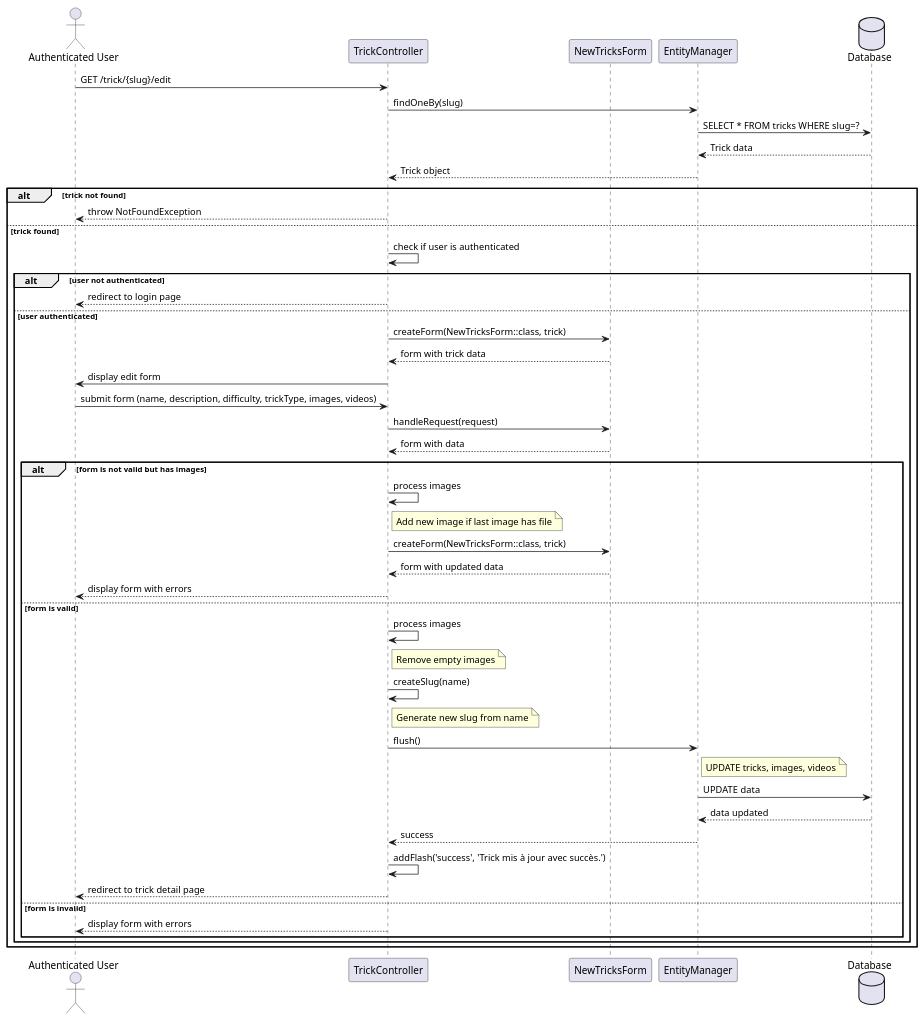
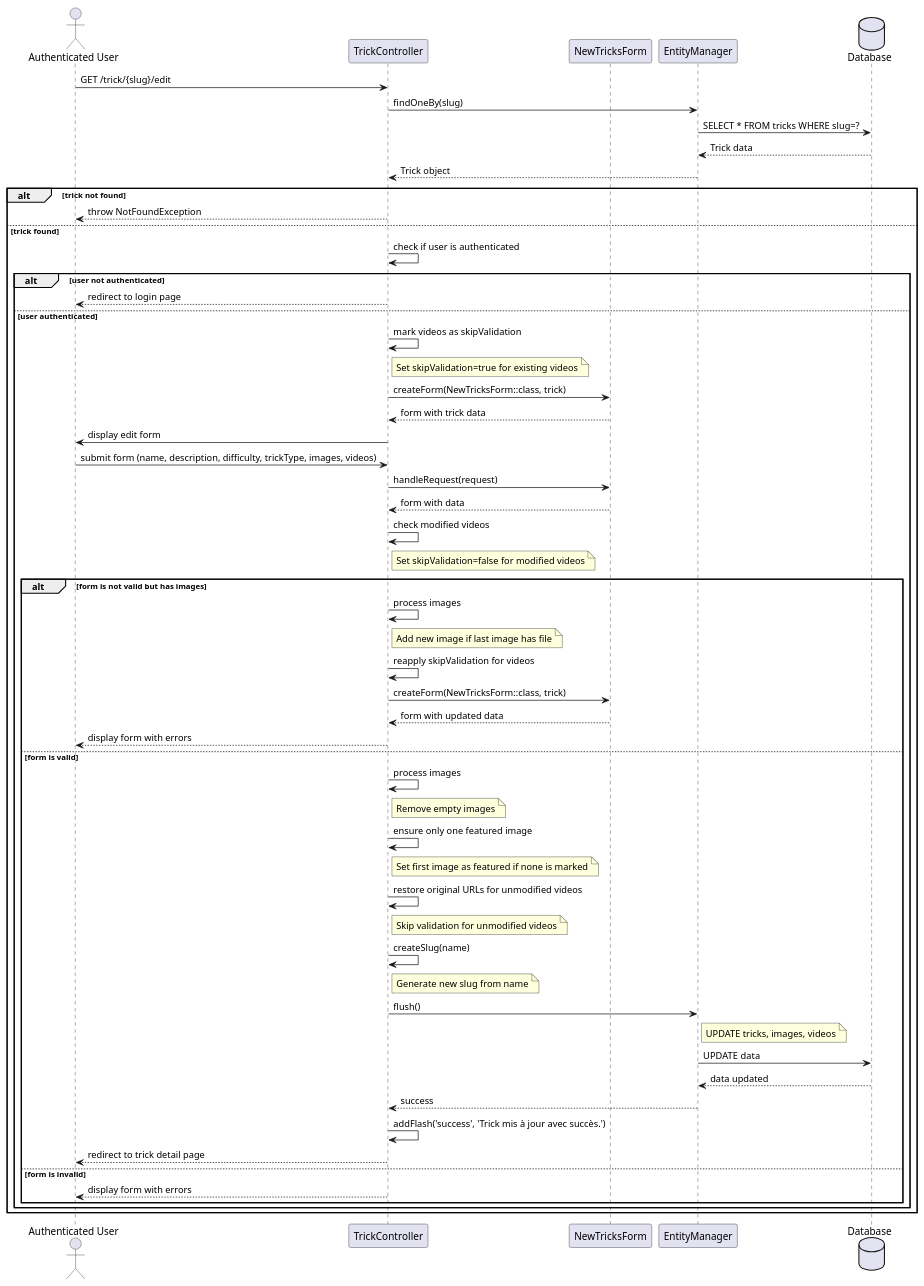
The diagram in docs/uml/sequence-edit-trick.puml (Ejornanc/SnowTricks), drawn with PlantUML before and after one commit. The commit also changed 2 other files, not shown here.

```diff
--- a/docs/uml/sequence-edit-trick.puml
+++ b/docs/uml/sequence-edit-trick.puml
@@ -1,57 +1,70 @@
 @startuml
 actor "Authenticated User" as User
 participant "TrickController" as TC
 participant "NewTricksForm" as NTF
 participant "EntityManager" as EM
 database "Database" as DB
 
 User -> TC: GET /trick/{slug}/edit
 TC -> EM: findOneBy(slug)
 EM -> DB: SELECT * FROM tricks WHERE slug=?
 DB --> EM: Trick data
 EM --> TC: Trick object
 
 alt trick not found
     TC --> User: throw NotFoundException
 else trick found
     TC -> TC: check if user is authenticated
-    
+
     alt user not authenticated
         TC --> User: redirect to login page
     else user authenticated
+        TC -> TC: mark videos as skipValidation
+        note right of TC: Set skipValidation=true for existing videos
+
         TC -> NTF: createForm(NewTricksForm::class, trick)
         NTF --> TC: form with trick data
         TC -> User: display edit form
-        
+
         User -> TC: submit form (name, description, difficulty, trickType, images, videos)
         TC -> NTF: handleRequest(request)
         NTF --> TC: form with data
-        
+
+        TC -> TC: check modified videos
+        note right of TC: Set skipValidation=false for modified videos
+
         alt form is not valid but has images
             TC -> TC: process images
             note right of TC: Add new image if last image has file
+            TC -> TC: reapply skipValidation for videos
             TC -> NTF: createForm(NewTricksForm::class, trick)
             NTF --> TC: form with updated data
             TC --> User: display form with errors
         else form is valid
             TC -> TC: process images
             note right of TC: Remove empty images
-            
+
+            TC -> TC: ensure only one featured image
+            note right of TC: Set first image as featured if none is marked
+
+            TC -> TC: restore original URLs for unmodified videos
+            note right of TC: Skip validation for unmodified videos
+
             TC -> TC: createSlug(name)
             note right of TC: Generate new slug from name
-            
+
             TC -> EM: flush()
             note right of EM: UPDATE tricks, images, videos
-            
+
             EM -> DB: UPDATE data
             DB --> EM: data updated
             EM --> TC: success
-            
+
             TC -> TC: addFlash('success', 'Trick mis à jour avec succès.')
             TC --> User: redirect to trick detail page
         else form is invalid
             TC --> User: display form with errors
         end
     end
 end
 @enduml
```
